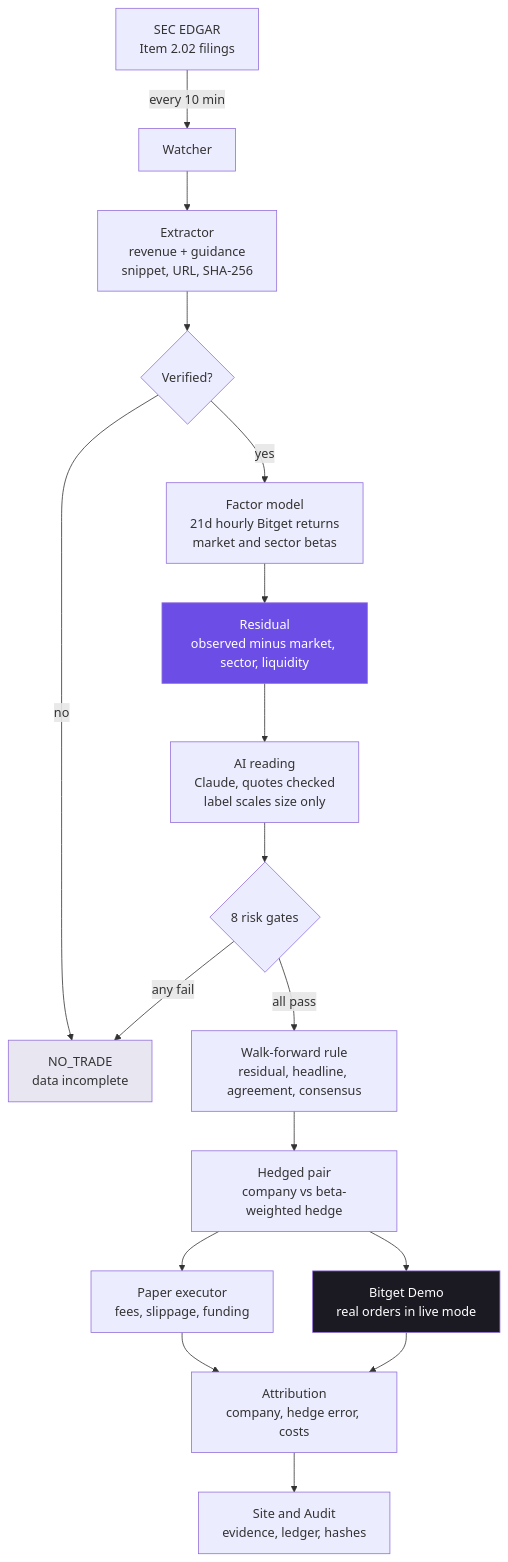
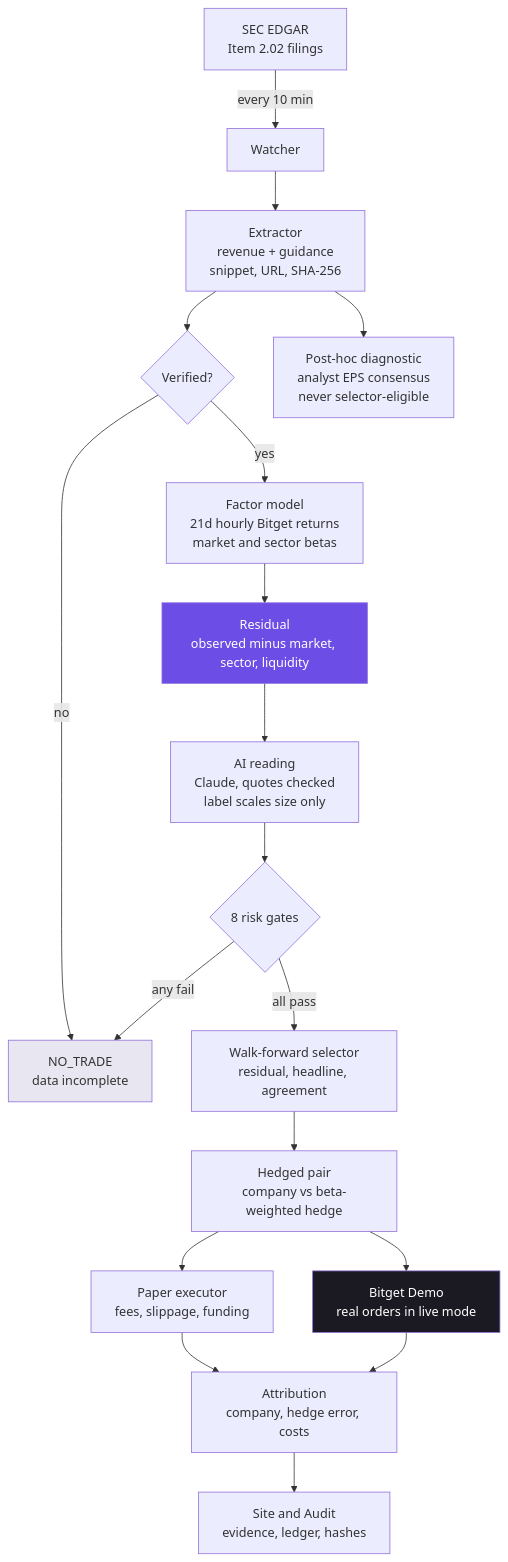
Before and after one commit to jenzylove/residual: the diagram in README.md, drawn with Mermaid. The commit also changed other lines of this file and 15 other files, not shown here.

````diff
--- a/README.md
+++ b/README.md
@@ -39,23 +39,24 @@
 ```mermaid
 flowchart TD
     A[SEC EDGAR<br/>Item 2.02 filings] -->|every 10 min| B[Watcher]
     B --> C[Extractor<br/>revenue + guidance<br/>snippet, URL, SHA-256]
     C --> D{Verified?}
     D -->|no| X[NO_TRADE<br/>data incomplete]
     D -->|yes| E[Factor model<br/>21d hourly Bitget returns<br/>market and sector betas]
     E --> F[Residual<br/>observed minus market, sector, liquidity]
     F --> G[AI reading<br/>Claude, quotes checked<br/>label scales size only]
     G --> H{8 risk gates}
     H -->|any fail| X
-    H -->|all pass| I[Walk-forward rule<br/>residual, headline, agreement, consensus]
+    H -->|all pass| I[Walk-forward selector<br/>residual, headline, agreement]
+    C --> O[Post-hoc diagnostic<br/>analyst EPS consensus<br/>never selector-eligible]
     I --> J[Hedged pair<br/>company vs beta-weighted hedge]
     J --> K[Paper executor<br/>fees, slippage, funding]
     J --> L[Bitget Demo<br/>real orders in live mode]
     K --> M[Attribution<br/>company, hedge error, costs]
     L --> M
     M --> N[Site and Audit<br/>evidence, ledger, hashes]
 
     style F fill:#6c4ee6,color:#fff
     style X fill:#e8e6f0
     style L fill:#1b1a22,color:#fff
 ```
````
